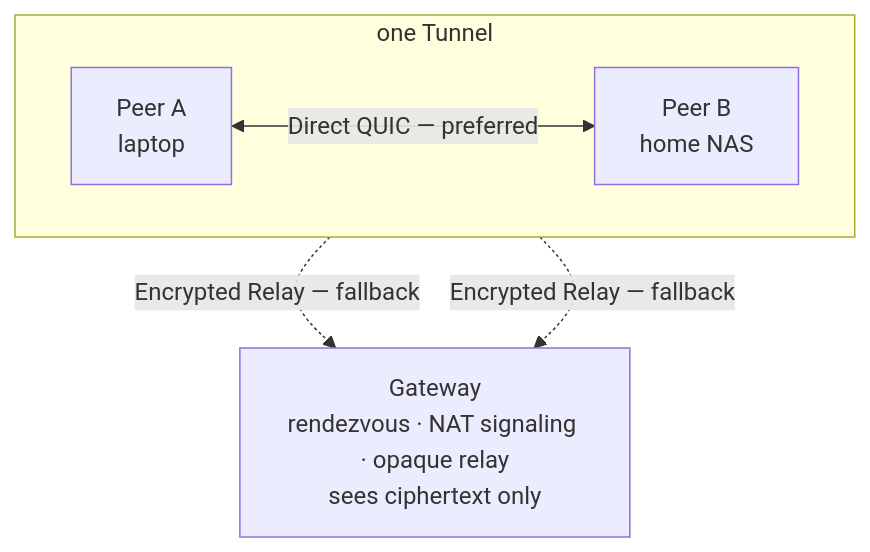
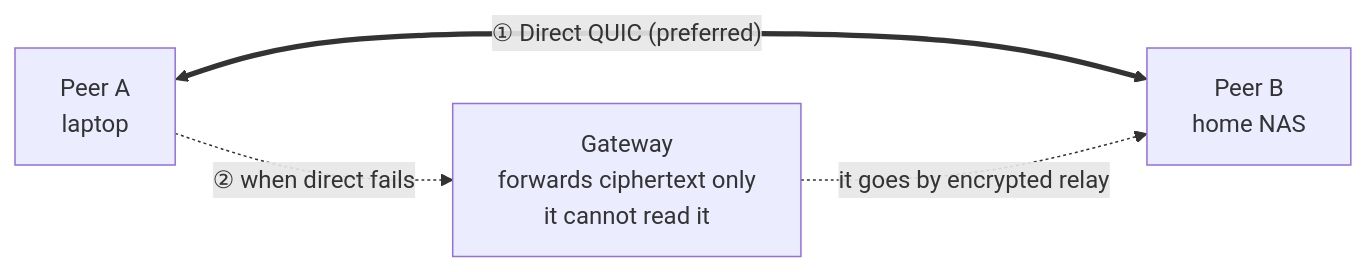
The diagram in README.md (lantunnel/lantunnel), drawn with Mermaid before and after one commit. The commit also changed 6 other files, not shown here.

First line of the commit message:
docs: redraw the topology diagram so it reads at a glance

````diff
--- a/README.md
+++ b/README.md
@@ -82,12 +82,9 @@
 ```mermaid
-flowchart TB
-    subgraph tunnel["one Tunnel"]
-        direction LR
-        A["Peer A<br/>laptop"]
-        B["Peer B<br/>home NAS"]
-        A <-->|"Direct QUIC — preferred"| B
-    end
-    A -.->|"Encrypted Relay — fallback"| GW
-    B -.->|"Encrypted Relay — fallback"| GW
-    GW["Gateway<br/>rendezvous · NAT signaling · opaque relay<br/>sees ciphertext only"]
+flowchart LR
+    A["Peer A<br/>laptop"]
+    B["Peer B<br/>home NAS"]
+    GW["Gateway<br/>forwards ciphertext only<br/>it cannot read it"]
+    A <== "① Direct QUIC (preferred)" ==> B
+    A -. "② when direct fails" .-> GW
+    GW -. "it goes by encrypted relay" .-> B
 ```
````
